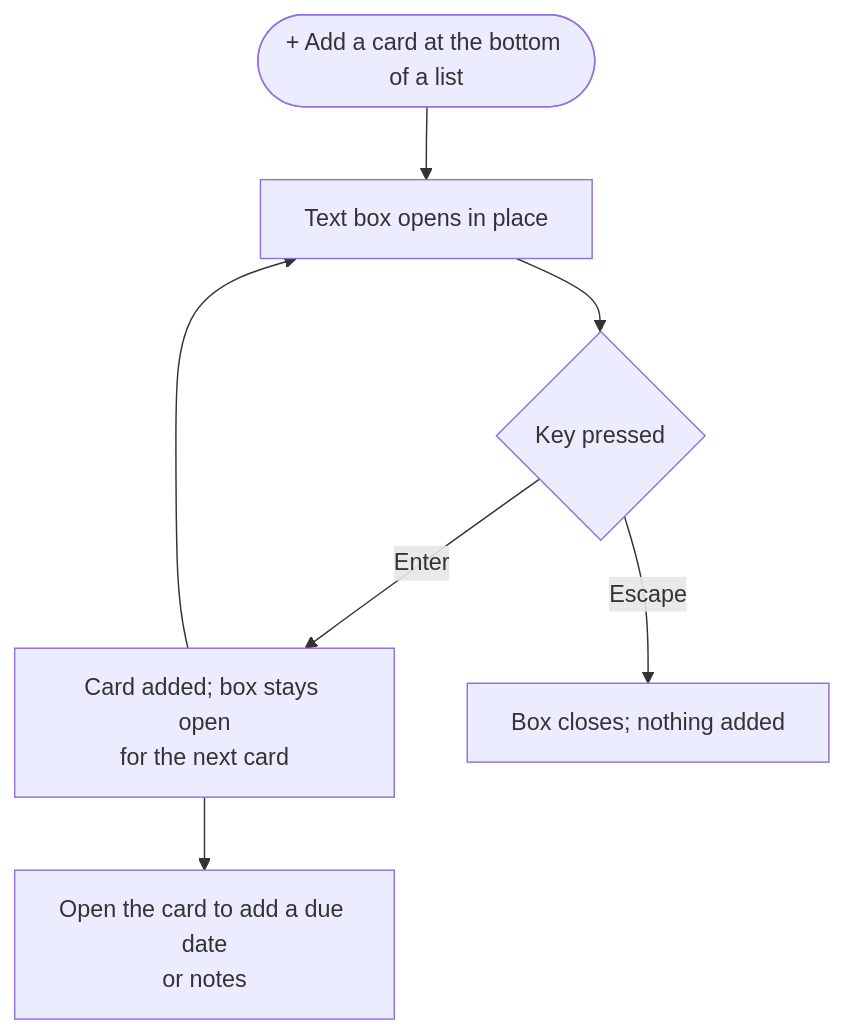
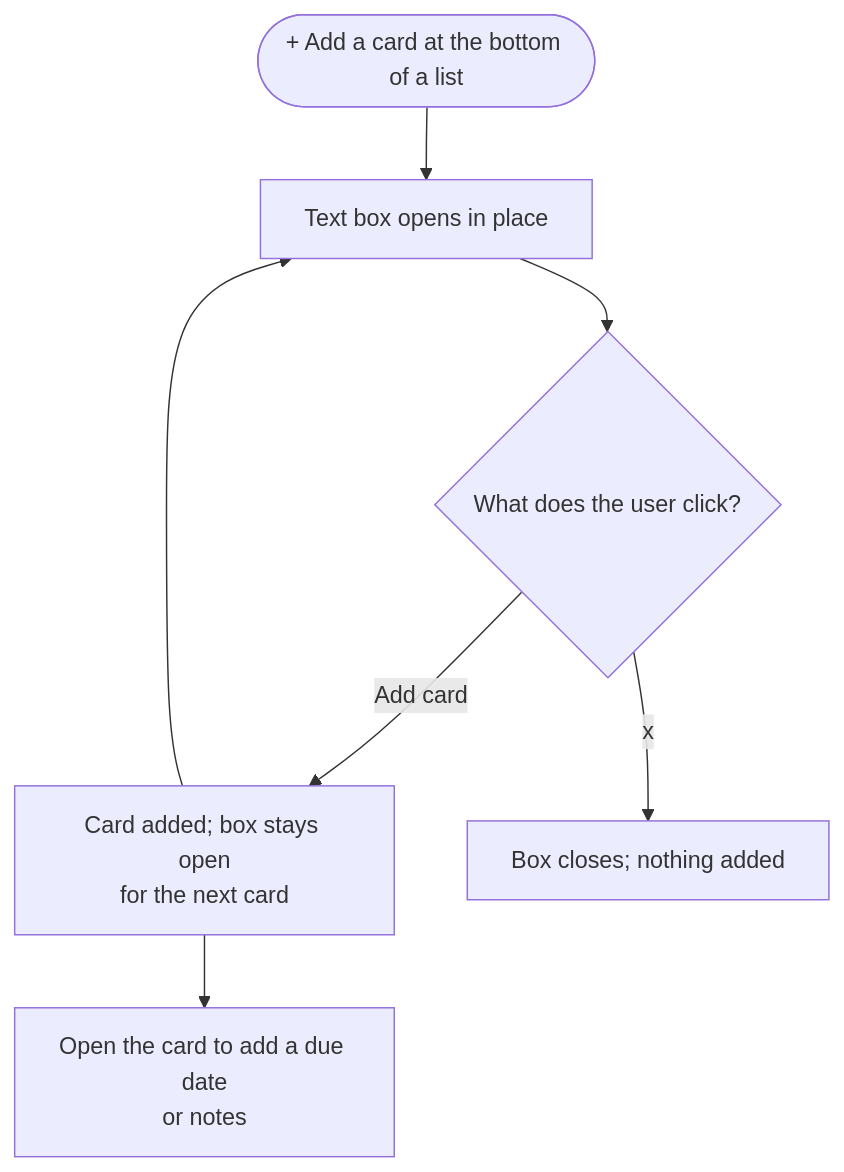
The ninth of 9 diagrams in docs/canvas-portal/04-ui-specification.md (bbranton/TestProj), drawn with Mermaid before and after one commit. The commit also changed other lines of this file and 1 other file, not shown here.

````diff
--- a/docs/canvas-portal/04-ui-specification.md
+++ b/docs/canvas-portal/04-ui-specification.md
@@ -826,9 +830,9 @@
 ```mermaid
 flowchart TD
     A([+ Add a card at the bottom of a list]) --> B[Text box opens in place]
-    B --> C{Key pressed}
-    C -- Enter --> D[Card added; box stays open<br/>for the next card]
+    B --> C{What does the user click?}
+    C -- Add card --> D[Card added; box stays open<br/>for the next card]
     D --> B
-    C -- Escape --> E[Box closes; nothing added]
+    C -- x --> E[Box closes; nothing added]
     D --> F[Open the card to add a due date<br/>or notes]
 ```
````
